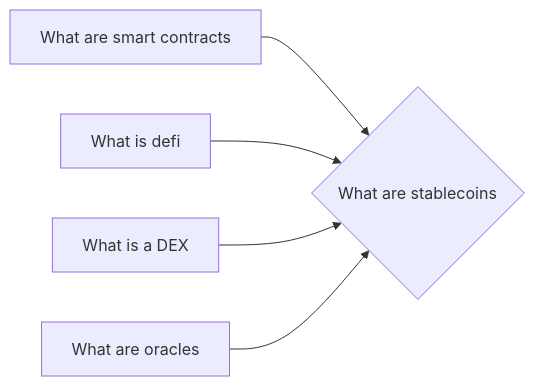
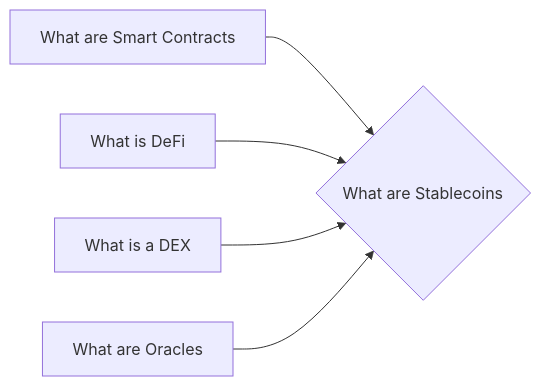
The diagram in notes/What_are_Stablecoins.md (lpurdy01/crypto-knowledge-map), drawn with Mermaid before and after one commit. The commit also changed 50 other files, not shown here.

````diff
--- a/notes/What_are_Stablecoins.md
+++ b/notes/What_are_Stablecoins.md
@@ -15,7 +15,7 @@
 ```mermaid
 graph LR
-1["What are smart contracts"]-->0{"What are stablecoins"}
-2["What is defi"]-->0{"What are stablecoins"}
-3["What is a DEX"]-->0{"What are stablecoins"}
-4["What are oracles"]-->0{"What are stablecoins"}
+1["What are Smart Contracts"]-->0{"What are Stablecoins"}
+2["What is DeFi"]-->0{"What are Stablecoins"}
+3["What is a DEX"]-->0{"What are Stablecoins"}
+4["What are Oracles"]-->0{"What are Stablecoins"}
 ```
````
